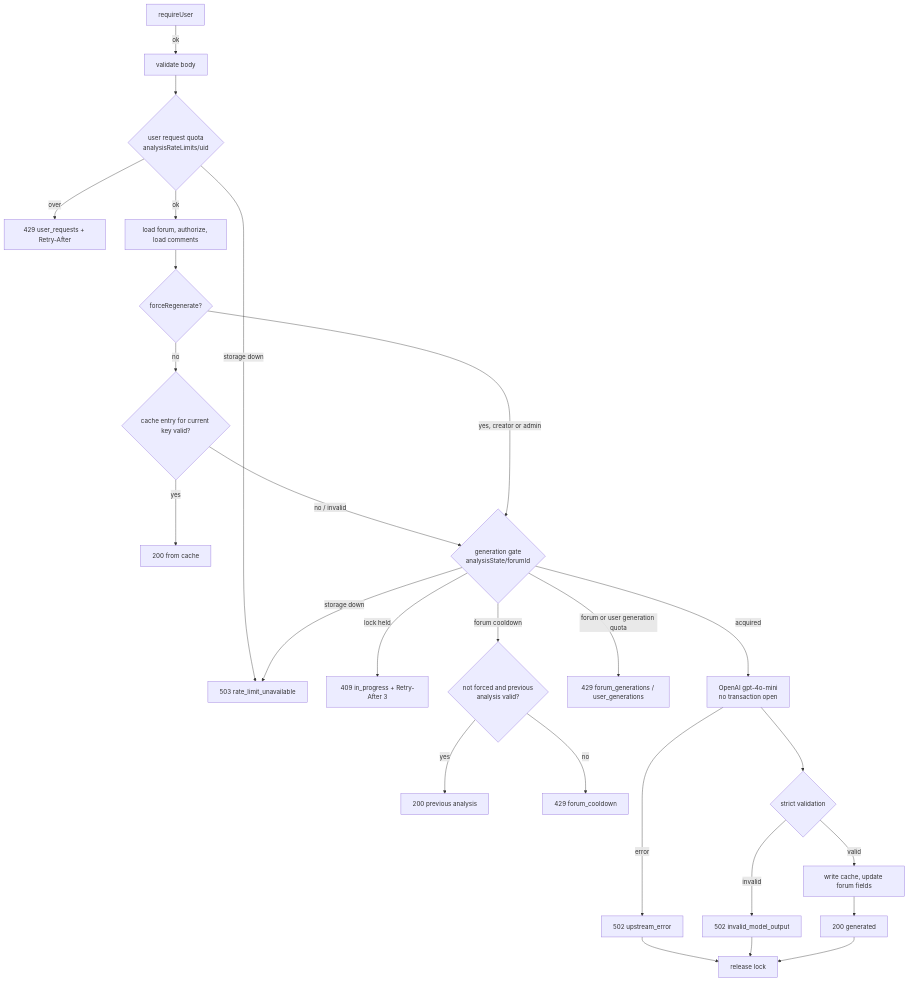
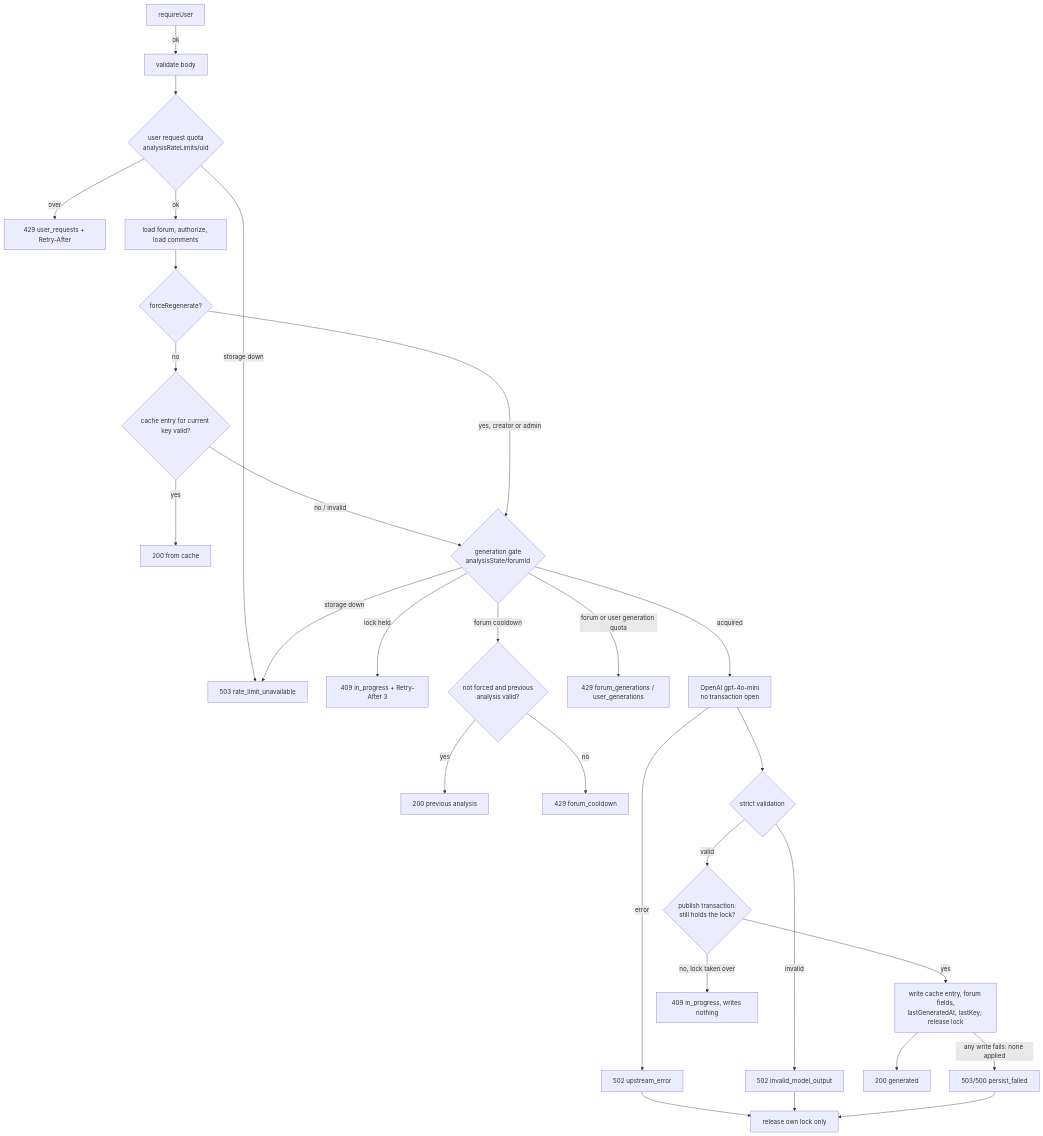
One commit to dev-benson-03/devtalk-ai-forum changed the diagram in docs/architecture/ai-analysis.md. Above: the diagram before and after it, drawn with Mermaid. The commit also changed other lines of this file and 2 other files, not shown here.

First line of the commit message:
Correct the cache invalidation claim for comments outside the selection

````diff
--- a/docs/architecture/ai-analysis.md
+++ b/docs/architecture/ai-analysis.md
@@ -18,26 +18,29 @@
 ```mermaid
 flowchart TD
   A[requireUser] -->|ok| B[validate body]
   B --> C{user request quota\nanalysisRateLimits/uid}
   C -->|over| R429a[429 user_requests + Retry-After]
   C -->|storage down| R503[503 rate_limit_unavailable]
   C -->|ok| D[load forum, authorize, load comments]
   D --> E{forceRegenerate?}
   E -->|no| F{cache entry for current key valid?}
   F -->|yes| OK1[200 from cache]
   F -->|no / invalid| G
   E -->|yes, creator or admin| G{generation gate\nanalysisState/forumId}
   G -->|lock held| R409[409 in_progress + Retry-After 3]
   G -->|forum cooldown| H{not forced and previous\nanalysis valid?}
   H -->|yes| OK2[200 previous analysis]
   H -->|no| R429b[429 forum_cooldown]
   G -->|forum or user generation quota| R429c[429 forum_generations / user_generations]
   G -->|storage down| R503
   G -->|acquired| I[OpenAI gpt-4o-mini\nno transaction open]
   I -->|error| R502a[502 upstream_error]
   I --> J{strict validation}
   J -->|invalid| R502b[502 invalid_model_output]
-  J -->|valid| K[write cache, update forum fields]
-  K --> OK3[200 generated]
-  R502a & R502b & OK3 --> L[release lock]
+  J -->|valid| K{publish transaction:\nstill holds the lock?}
+  K -->|yes| P[write cache entry, forum fields,\nlastGeneratedAt, lastKey; release lock]
+  P --> OK3[200 generated]
+  K -->|no, lock taken over| R409b[409 in_progress, writes nothing]
+  P -->|any write fails: none applied| R503b[503/500 persist_failed]
+  R502a & R502b & R503b --> L[release own lock only]
 ```
````
